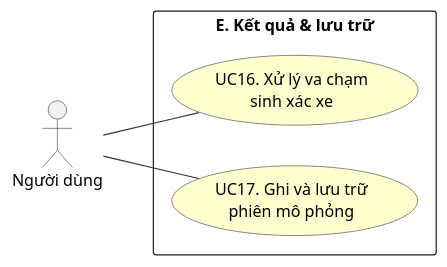
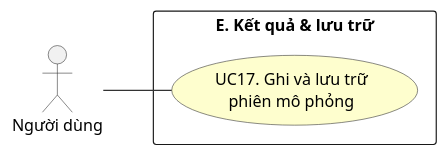
Before and after one commit to MinhHoang137/SUMO-GR1: the diagram in DiagramsCode/hinh2.7-usecase-nhom-E.puml, drawn with PlantUML. The commit also changed 12 other files, not shown here.

```diff
--- a/DiagramsCode/hinh2.7-usecase-nhom-E.puml
+++ b/DiagramsCode/hinh2.7-usecase-nhom-E.puml
@@ -1,19 +1,17 @@
 @startuml hinh2.7-usecase-nhom-E
 left to right direction
 skinparam packageStyle rectangle
 skinparam usecaseBorderColor #333333
 skinparam usecaseBackgroundColor #FEFECE
 skinparam actorBorderColor #333333
 skinparam ArrowColor #333333
 
 actor "Người dùng" as User
 
 rectangle "E. Kết quả & lưu trữ" {
-  usecase "UC16. Xử lý va chạm\nsinh xác xe" as UC16
   usecase "UC17. Ghi và lưu trữ\nphiên mô phỏng" as UC17
 }
 
-User -- UC16
 User -- UC17
 
 @enduml
```
